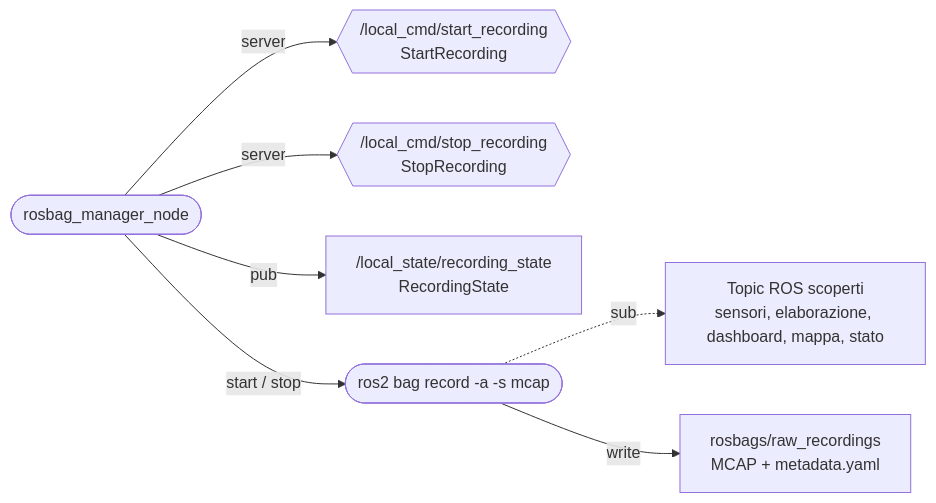
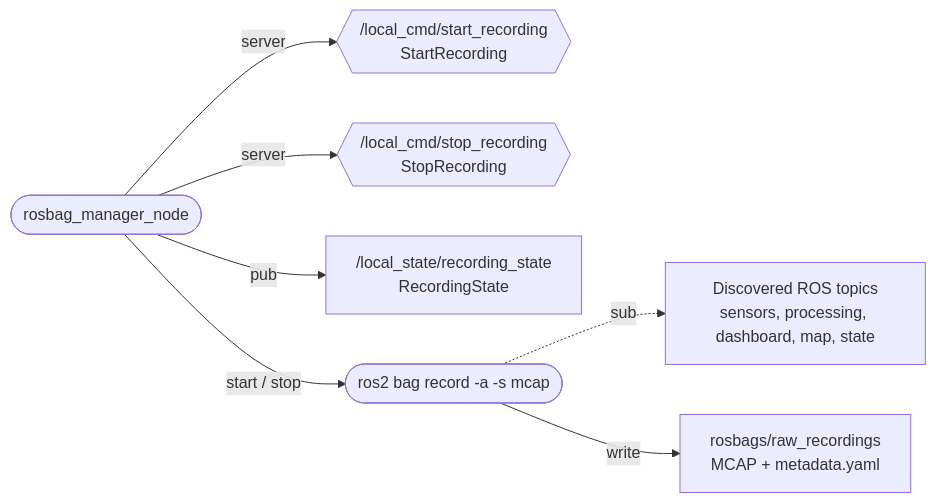
Before and after one commit to agirsailing/sailing_ros: the diagram in ros2_ws/src/rosbag_manager/README.md, drawn with Mermaid. The commit also changed other lines of this file and 44 other files, not shown here.

````diff
--- a/ros2_ws/src/rosbag_manager/README.md
+++ b/ros2_ws/src/rosbag_manager/README.md
@@ -34,16 +34,16 @@
 ```mermaid
 flowchart LR
     start{{"/local_cmd/start_recording<br/>StartRecording"}}
     stop{{"/local_cmd/stop_recording<br/>StopRecording"}}
     node(["rosbag_manager_node"])
     state["/local_state/recording_state<br/>RecordingState"]
     recorder(["ros2 bag record -a -s mcap"])
-    topics["Topic ROS scoperti<br/>sensori, elaborazione, dashboard, mappa, stato"]
+    topics["Discovered ROS topics<br/>sensors, processing, dashboard, map, state"]
     files["rosbags/raw_recordings<br/>MCAP + metadata.yaml"]
     node -->|server| start
     node -->|server| stop
     node -->|pub| state
     node -->|start / stop| recorder
     recorder -.->|sub| topics
     recorder -->|write| files
 ```
````
